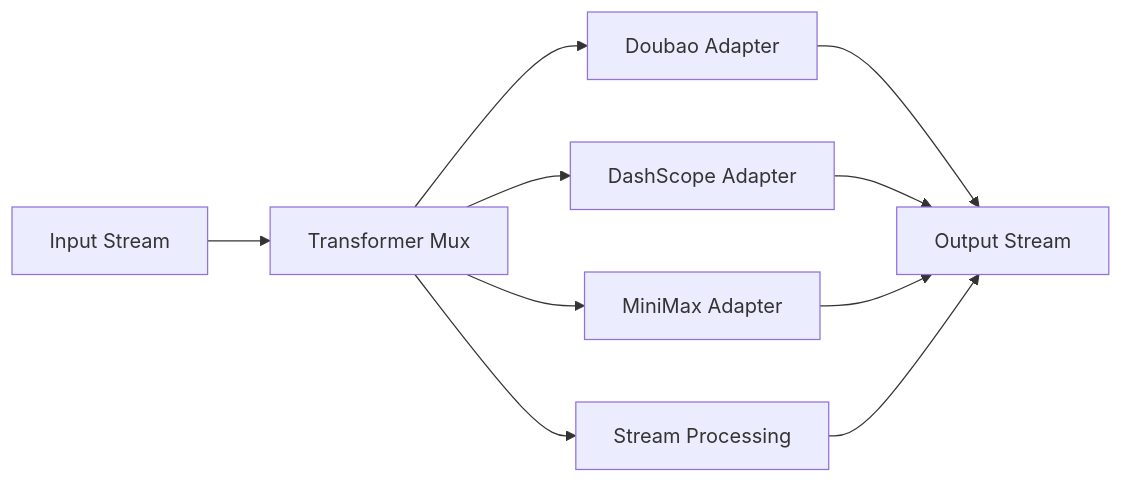
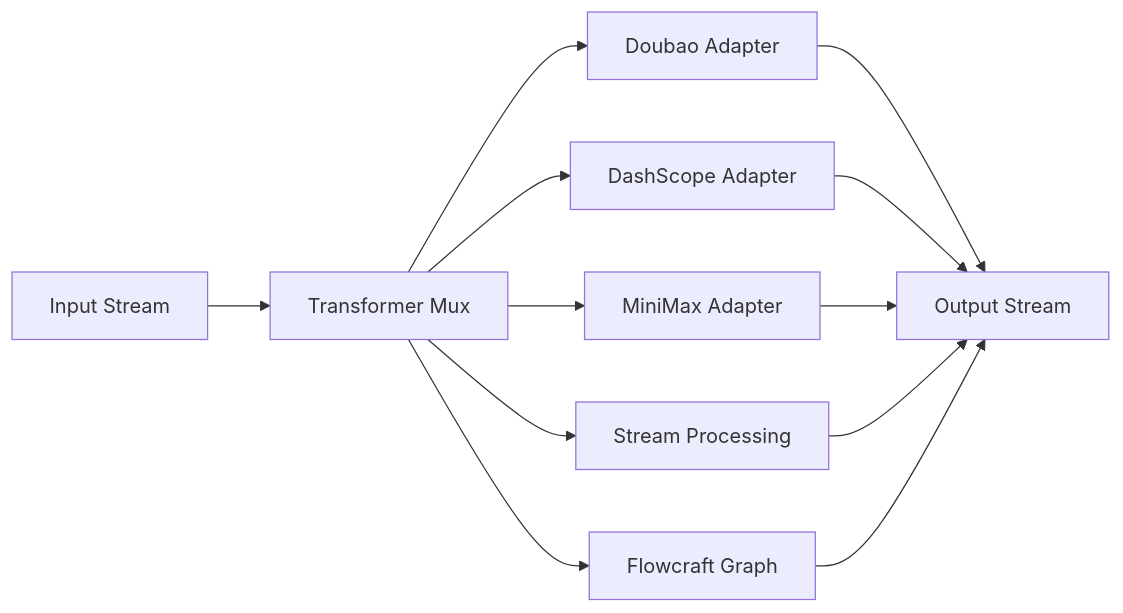
One commit to GizClaw/gizclaw changed the diagram in guides/en/developing/genx/transformers/overview.md. Above: the diagram before and after it, drawn with Mermaid. The commit also changed other lines of this file and 23 other files, not shown here.

First line of the commit message:
genx/transformers/flowcraft: add graph agent (#451)

````diff
--- a/guides/en/developing/genx/transformers/overview.md
+++ b/guides/en/developing/genx/transformers/overview.md
@@ -35,12 +37,14 @@
 ```mermaid
 flowchart LR
     Input["Input Stream"] --> Mux["Transformer Mux"]
     Mux --> Doubao["Doubao Adapter"]
     Mux --> DashScope["DashScope Adapter"]
     Mux --> MiniMax["MiniMax Adapter"]
     Mux --> Processing["Stream Processing"]
+    Mux --> Flowcraft["Flowcraft Graph"]
     Doubao --> Output["Output Stream"]
     DashScope --> Output
     MiniMax --> Output
     Processing --> Output
+    Flowcraft --> Output
 ```
````
